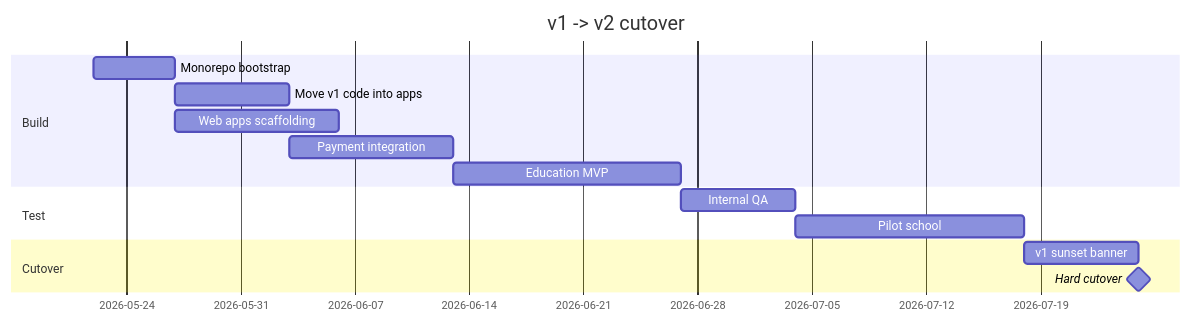
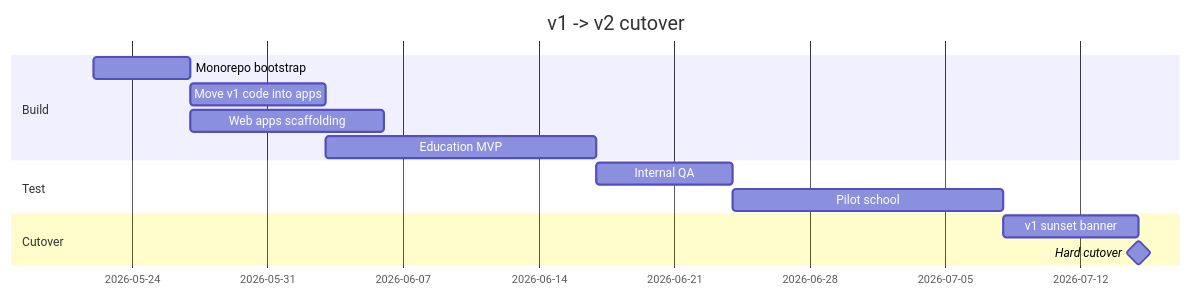
Before and after one commit to ZerebroKid/kidsafe-school: the sixth of 7 diagrams in docs/EDUCATION_AI_TECH_SPEC.md, drawn with Mermaid. The commit also changed other lines of this file and 3 other files, not shown here.

````diff
--- a/docs/EDUCATION_AI_TECH_SPEC.md
+++ b/docs/EDUCATION_AI_TECH_SPEC.md
@@ -921,17 +647,16 @@
 ```mermaid
 gantt
   title v1 -> v2 cutover
   dateFormat YYYY-MM-DD
   section Build
   Monorepo bootstrap        :a1, 2026-05-22, 5d
   Move v1 code into apps    :a2, after a1, 7d
   Web apps scaffolding      :a3, after a1, 10d
-  Payment integration       :a4, after a2, 10d
-  Education MVP             :a5, after a4, 14d
+  Education MVP             :a4, after a2, 14d
   section Test
-  Internal QA               :b1, after a5, 7d
+  Internal QA               :b1, after a4, 7d
   Pilot school              :b2, after b1, 14d
   section Cutover
   v1 sunset banner          :c1, after b2, 7d
   Hard cutover              :milestone, after c1, 0d
 ```
````
